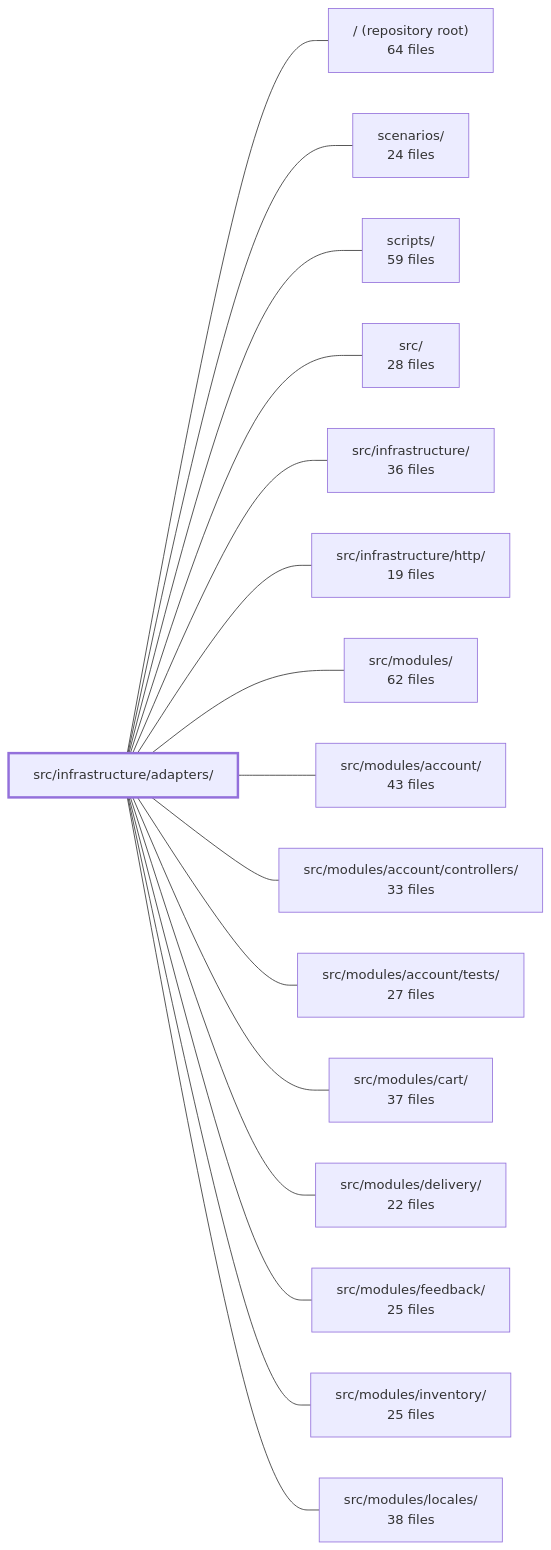
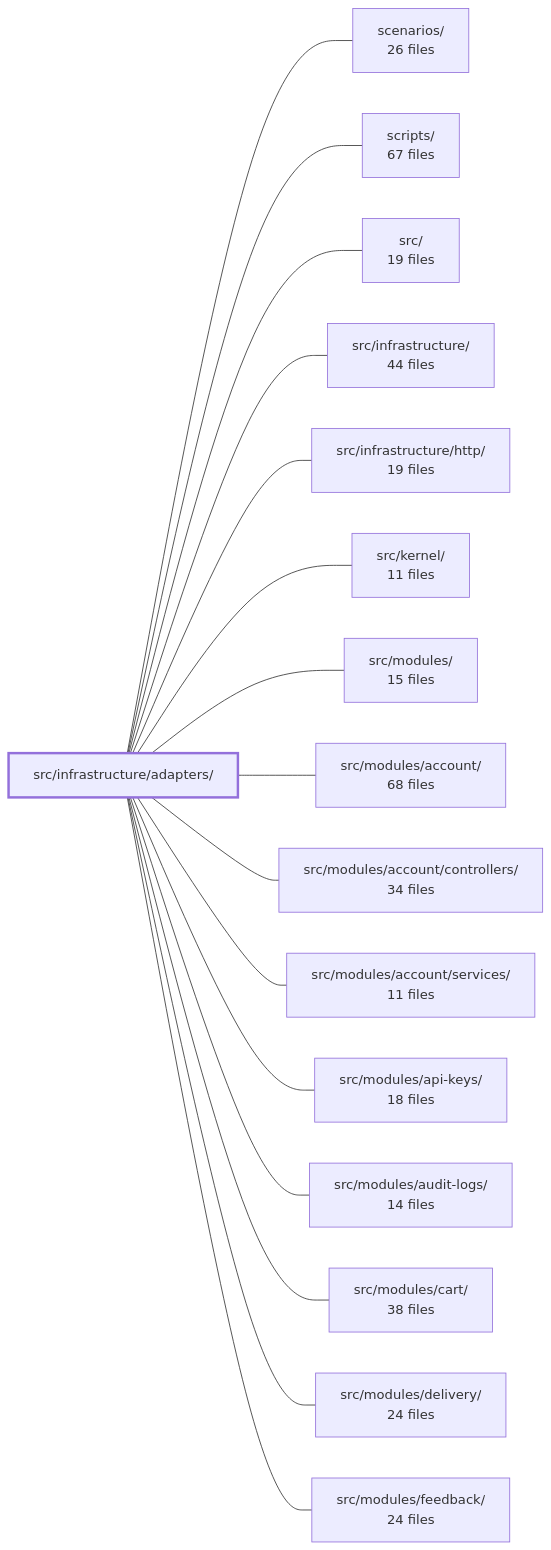
One commit to Guebbit/boilerplate-node-backend changed the diagram in .2brain/modules/boilerplate-node-backend_src_infrastructure_adapters.md. Above: the diagram before and after it, drawn with Mermaid. The commit also changed other lines of this file and 137 other files, not shown here.

````diff
--- a/.2brain/modules/boilerplate-node-backend_src_infrastructure_adapters.md
+++ b/.2brain/modules/boilerplate-node-backend_src_infrastructure_adapters.md
@@ -43,35 +42,35 @@
 ```mermaid
 flowchart LR
     m_src_infrastructure_adapters["src/infrastructure/adapters/"]
-    m_root["/ (repository root)<br/>64 files"]
-    m_scenarios["scenarios/<br/>24 files"]
-    m_scripts["scripts/<br/>59 files"]
-    m_src["src/<br/>28 files"]
-    m_src_infrastructure["src/infrastructure/<br/>36 files"]
+    m_scenarios["scenarios/<br/>26 files"]
+    m_scripts["scripts/<br/>67 files"]
+    m_src["src/<br/>19 files"]
+    m_src_infrastructure["src/infrastructure/<br/>44 files"]
     m_src_infrastructure_http["src/infrastructure/http/<br/>19 files"]
-    m_src_modules["src/modules/<br/>62 files"]
-    m_src_modules_account["src/modules/account/<br/>43 files"]
-    m_src_modules_account_controllers["src/modules/account/controllers/<br/>33 files"]
-    m_src_modules_account_tests["src/modules/account/tests/<br/>27 files"]
-    m_src_modules_cart["src/modules/cart/<br/>37 files"]
-    m_src_modules_delivery["src/modules/delivery/<br/>22 files"]
-    m_src_modules_feedback["src/modules/feedback/<br/>25 files"]
-    m_src_modules_inventory["src/modules/inventory/<br/>25 files"]
-    m_src_modules_locales["src/modules/locales/<br/>38 files"]
-    m_src_infrastructure_adapters --- m_root
+    m_src_kernel["src/kernel/<br/>11 files"]
+    m_src_modules["src/modules/<br/>15 files"]
+    m_src_modules_account["src/modules/account/<br/>68 files"]
+    m_src_modules_account_controllers["src/modules/account/controllers/<br/>34 files"]
+    m_src_modules_account_services["src/modules/account/services/<br/>11 files"]
+    m_src_modules_api_keys["src/modules/api-keys/<br/>18 files"]
+    m_src_modules_audit_logs["src/modules/audit-logs/<br/>14 files"]
+    m_src_modules_cart["src/modules/cart/<br/>38 files"]
+    m_src_modules_delivery["src/modules/delivery/<br/>24 files"]
+    m_src_modules_feedback["src/modules/feedback/<br/>24 files"]
     m_src_infrastructure_adapters --- m_scenarios
     m_src_infrastructure_adapters --- m_scripts
     m_src_infrastructure_adapters --- m_src
     m_src_infrastructure_adapters --- m_src_infrastructure
     m_src_infrastructure_adapters --- m_src_infrastructure_http
+    m_src_infrastructure_adapters --- m_src_kernel
     m_src_infrastructure_adapters --- m_src_modules
     m_src_infrastructure_adapters --- m_src_modules_account
     m_src_infrastructure_adapters --- m_src_modules_account_controllers
-    m_src_infrastructure_adapters --- m_src_modules_account_tests
+    m_src_infrastructure_adapters --- m_src_modules_account_services
+    m_src_infrastructure_adapters --- m_src_modules_api_keys
+    m_src_infrastructure_adapters --- m_src_modules_audit_logs
     m_src_infrastructure_adapters --- m_src_modules_cart
     m_src_infrastructure_adapters --- m_src_modules_delivery
     m_src_infrastructure_adapters --- m_src_modules_feedback
-    m_src_infrastructure_adapters --- m_src_modules_inventory
-    m_src_infrastructure_adapters --- m_src_modules_locales
     style m_src_infrastructure_adapters stroke-width:3px
 ```
````
